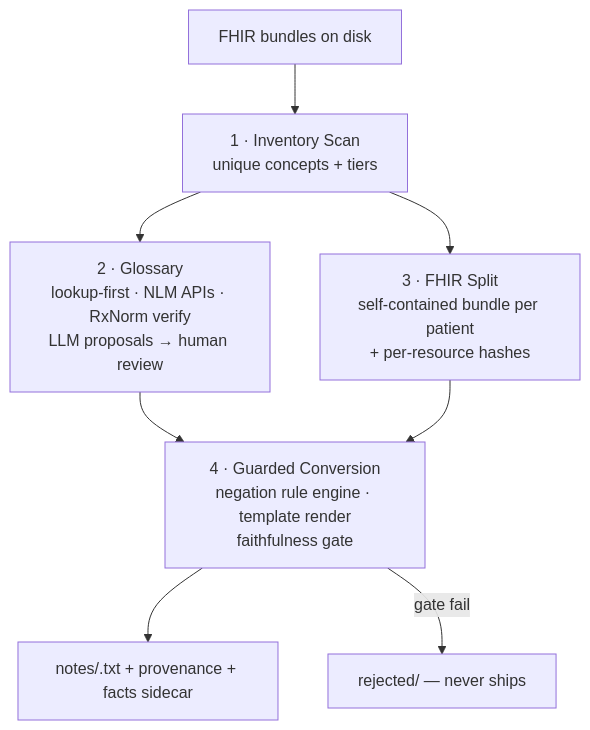
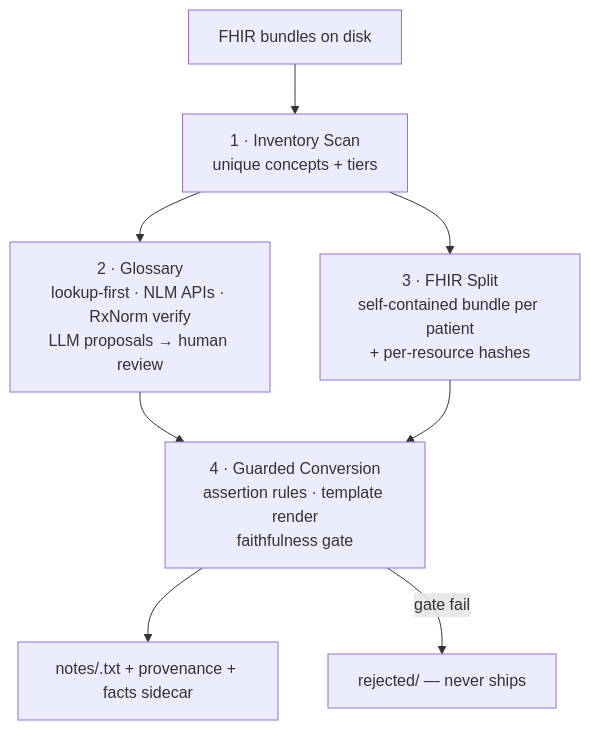
The first of 3 diagrams in README.md (MehulMittal27/fhir-to-notes), drawn with Mermaid before and after one commit. The commit also changed other lines of this file and 12 other files, not shown here.

````diff
--- a/README.md
+++ b/README.md
@@ -52,10 +52,10 @@
 ```mermaid
 flowchart TD
     IN["FHIR bundles on disk"] --> S1["1 · Inventory Scan<br/>unique concepts + tiers"]
     S1 --> S2["2 · Glossary<br/>lookup-first · NLM APIs · RxNorm verify<br/>LLM proposals → human review"]
     S1 --> S3["3 · FHIR Split<br/>self-contained bundle per patient<br/>+ per-resource hashes"]
-    S2 --> S4["4 · Guarded Conversion<br/>negation rule engine · template render<br/>faithfulness gate"]
+    S2 --> S4["4 · Guarded Conversion<br/>assertion rules · template render<br/>faithfulness gate"]
     S3 --> S4
     S4 --> N["notes/<id>.txt + provenance + facts sidecar"]
     S4 -->|gate fail| R["rejected/ — never ships"]
 ```
````
